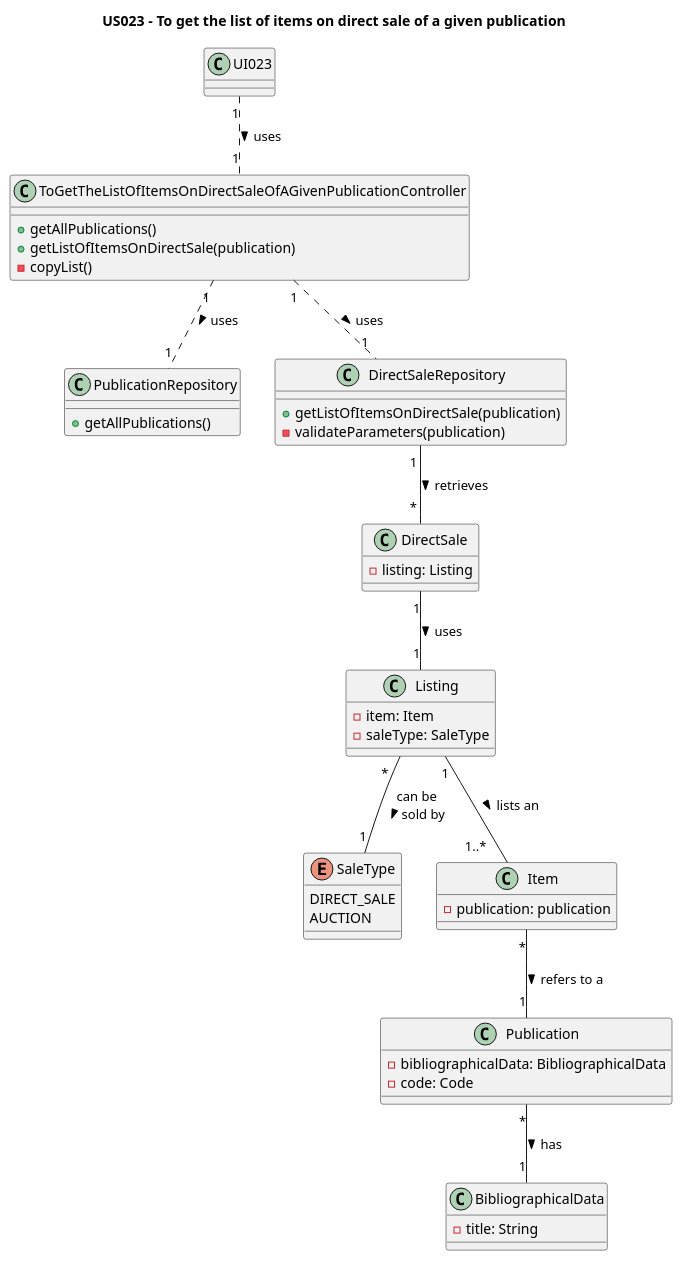
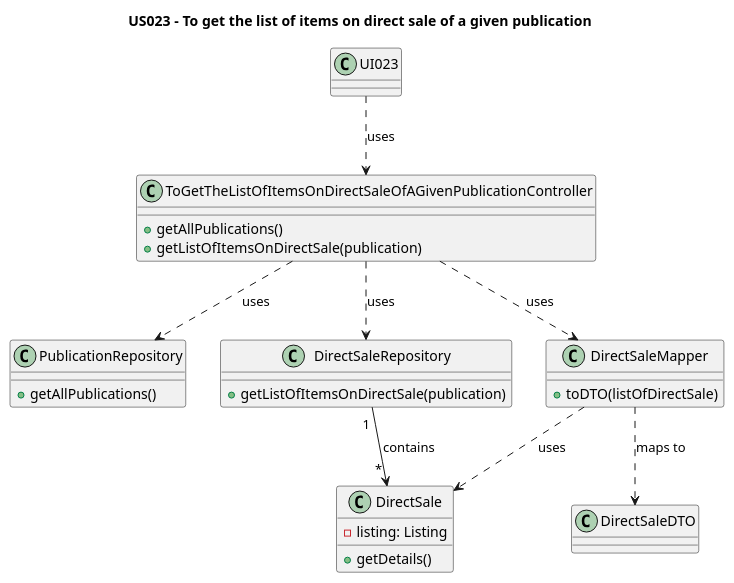
One commit to AndrePereiraGitH/SWitCH-Project-Team_A changed the diagram in Diagrams/ClassDiagrams/US023-to-get-the-list-of-items-on-direct-sale-of-a-given-publication.puml. Above: the diagram before and after it, drawn with PlantUML. The commit also changed 6 other files, not shown here.

```diff
--- a/Diagrams/ClassDiagrams/US023-to-get-the-list-of-items-on-direct-sale-of-a-given-publication.puml
+++ b/Diagrams/ClassDiagrams/US023-to-get-the-list-of-items-on-direct-sale-of-a-given-publication.puml
@@ -1,67 +1,80 @@
 @startuml
 title US023 - To get the list of items on direct sale of a given publication
 
 class UI023{
 
 }
 
 class ToGetTheListOfItemsOnDirectSaleOfAGivenPublicationController {
   +getAllPublications()
   +getListOfItemsOnDirectSale(publication)
-  -copyList()
 }
 
 class PublicationRepository{
     +getAllPublications()
 }
 
 class DirectSaleRepository {
   +getListOfItemsOnDirectSale(publication)
-  -validateParameters(publication)
 }
 
 class DirectSale {
   - listing: Listing
+  +getDetails()
 }
 
+class DirectSaleMapper {
+  +toDTO(listOfDirectSale)
+}
+
+class DirectSaleDTO {
+}
+
+/'
 class Listing {
   - item: Item
   - saleType: SaleType
 }
 
 enum SaleType {
     DIRECT_SALE
     AUCTION
 }
 
 'class Item {
 '    - bibliographicalData: BibliographicalData
 '}
 
 class Item {
     - publication: publication
 }
 
 class Publication {
     - bibliographicalData: BibliographicalData
     - code: Code
 }
 
 class BibliographicalData {
     - title: String
 }
+'/
 
 ' Interactions
 
-UI023 "1" .. "1" ToGetTheListOfItemsOnDirectSaleOfAGivenPublicationController : uses >
-ToGetTheListOfItemsOnDirectSaleOfAGivenPublicationController  "1 " .. "1" DirectSaleRepository : uses >
-ToGetTheListOfItemsOnDirectSaleOfAGivenPublicationController "1" .. "1" PublicationRepository: uses >
-DirectSaleRepository "1 " -- " * " DirectSale : retrieves >
-DirectSale "1" -- "1" Listing : uses >
-Listing "                                *" -- "1" SaleType : can be\nsold by >
-Listing "1" -- "1..*    " Item : lists an >
-' Item "*" -- "1" BibliographicalData: has >
-Item "*" -- "1" Publication: refers to a >
-Publication "*" -- "1" BibliographicalData: has >
+UI023 ..> ToGetTheListOfItemsOnDirectSaleOfAGivenPublicationController : uses
+ToGetTheListOfItemsOnDirectSaleOfAGivenPublicationController ..> DirectSaleRepository : uses
+ToGetTheListOfItemsOnDirectSaleOfAGivenPublicationController ..> PublicationRepository: uses
+DirectSaleRepository "1 " --> " * " DirectSale : contains
+ToGetTheListOfItemsOnDirectSaleOfAGivenPublicationController ..> DirectSaleMapper : uses
+DirectSaleMapper ..> DirectSaleDTO : maps to
+DirectSaleMapper ..> DirectSale : uses
+/'
+DirectSale "1" -- "1" Listing : uses
+Listing "                                *" -- "1" SaleType : can be sold by
+Listing "1" -- "1..*    " Item : lists an
+' Item "*" -- "1" BibliographicalData: has
+Item "*" -- "1" Publication: refers to a
+Publication "*" -- "1" BibliographicalData: has
+'/
 
 @enduml
```
